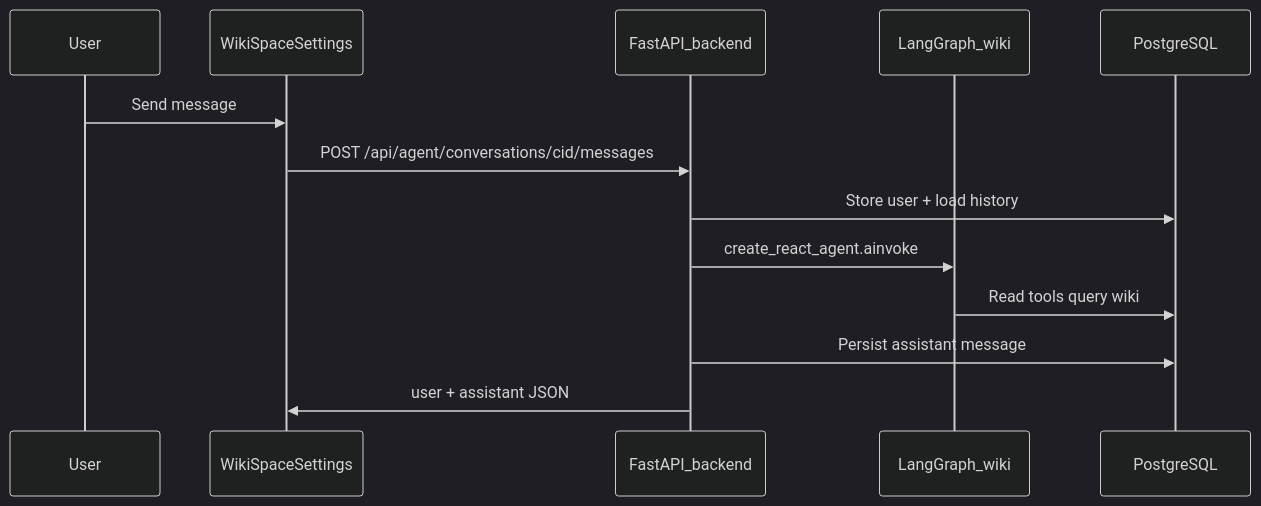
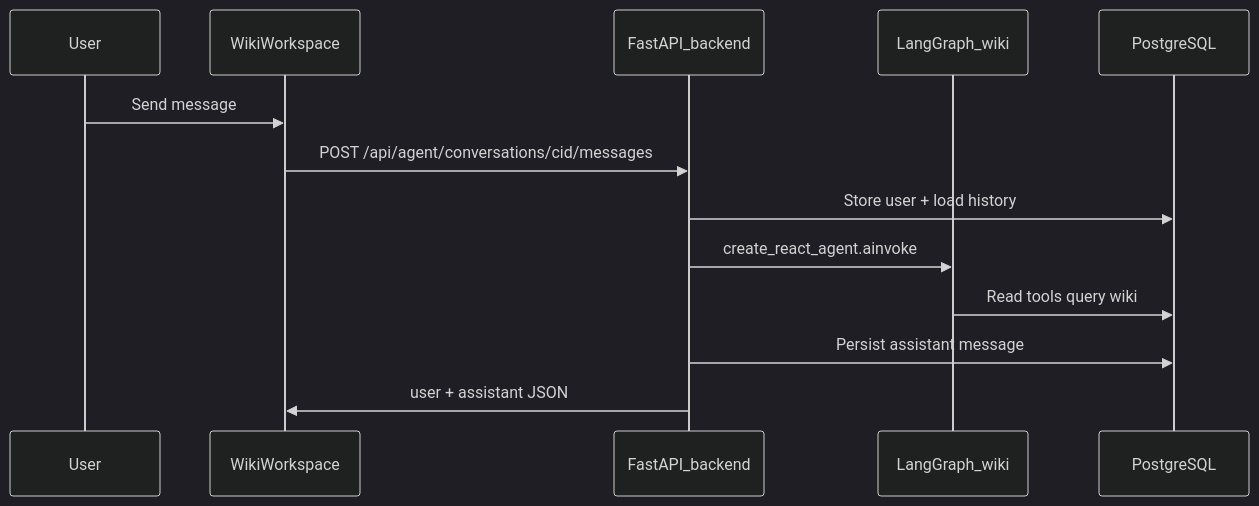
One commit to yingrui/openKMS changed the diagram in docs/wiki_agent_prototype.md. Above: the diagram before and after it, drawn with Mermaid (dark theme). The commit also changed other lines of this file and 25 other files, not shown here.

````diff
--- a/docs/wiki_agent_prototype.md
+++ b/docs/wiki_agent_prototype.md
@@ -26,15 +26,15 @@
 ```mermaid
 sequenceDiagram
   participant U as User
-  participant FE as WikiSpaceSettings
+  participant FE as WikiWorkspace
   participant API as FastAPI_backend
   participant G as LangGraph_wiki
   participant DB as PostgreSQL
   U->>FE: Send message
   FE->>API: POST /api/agent/conversations/cid/messages
   API->>DB: Store user + load history
   API->>G: create_react_agent.ainvoke
   G->>DB: Read tools query wiki
   API->>DB: Persist assistant message
   API->>FE: user + assistant JSON
 ```
````
